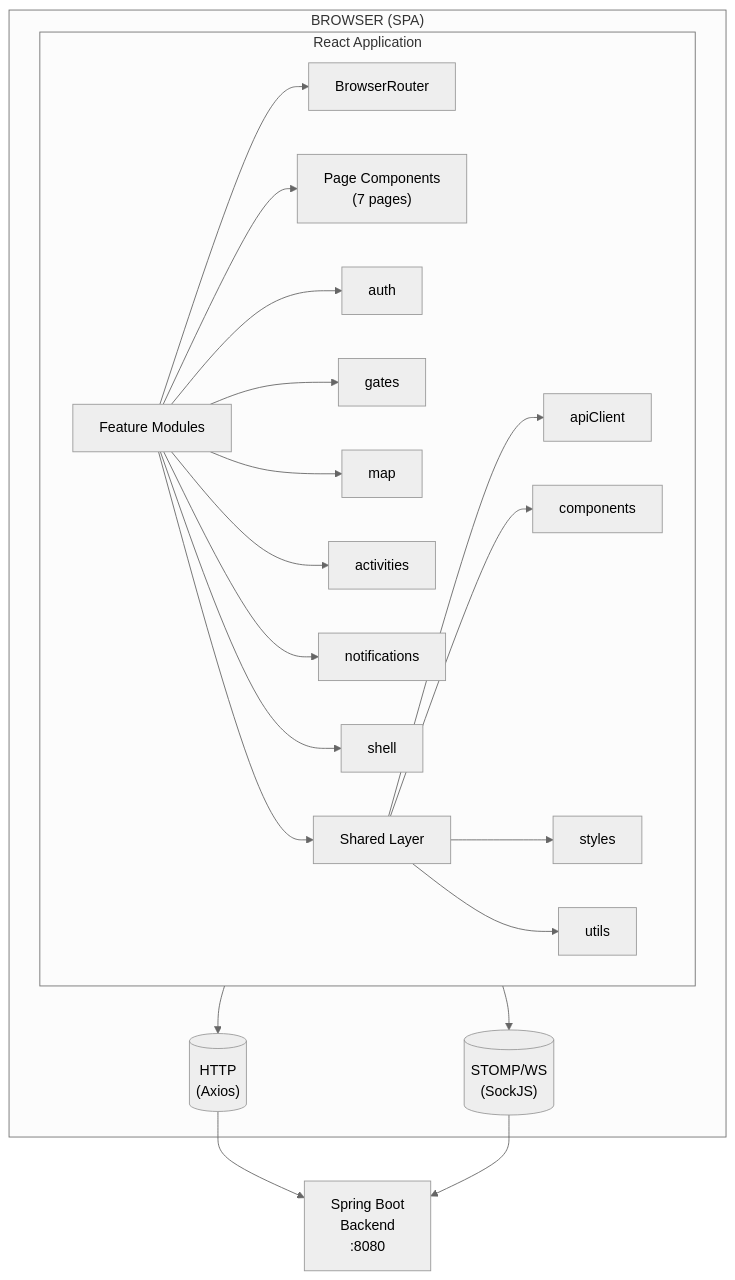
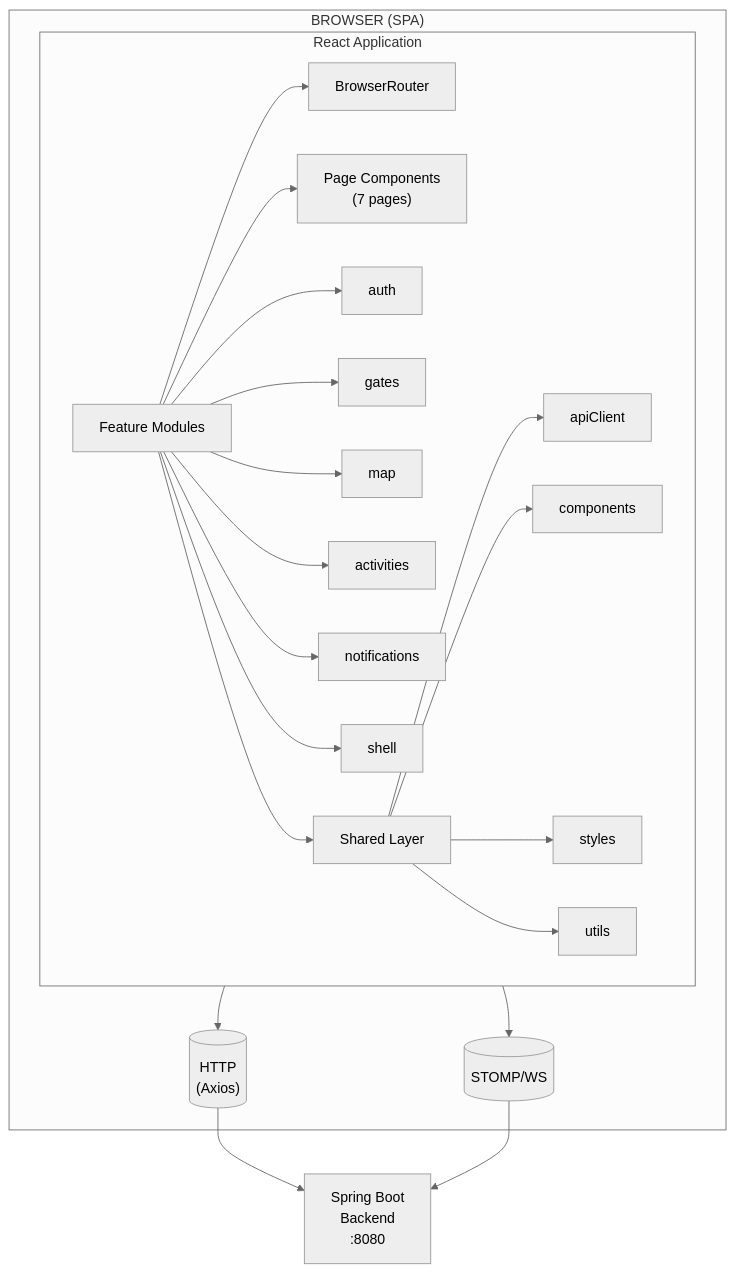
The first of 2 diagrams in server/frontend/docs/architecture.md (smartuni/riot-po-2026), drawn with Mermaid (neutral theme) before and after one commit. The commit also changed 6 other files, not shown here.

````diff
--- a/server/frontend/docs/architecture.md
+++ b/server/frontend/docs/architecture.md
@@ -7,39 +7,39 @@
 ```mermaid
 flowchart TB
     subgraph Browser["BROWSER (SPA)"]
         subgraph ReactApp["React Application"]
             Router["BrowserRouter"]
             Pages["Page Components<br/>(7 pages)"]
             
             Features["Feature Modules"]
             Features --> Router
             Features --> Pages
             
             Features --> F1[auth]
             Features --> F2[gates]
             Features --> F3[map]
             Features --> F4[activities]
             Features --> F5[notifications]
             Features --> F6[shell]
             
             Shared["Shared Layer"]
             Shared --> API["apiClient"]
             Shared --> Components["components"]
             Shared --> Styles["styles"]
             Shared --> Utils["utils"]
             
             Features --> Shared
         end
         
         HTTP[("HTTP<br/>(Axios)")]
-        WS[("STOMP/WS<br/>(SockJS)")]
+        WS[("STOMP/WS")]
         
         ReactApp --> HTTP
         ReactApp --> WS
     end
     
     Backend["Spring Boot<br/>Backend<br/>:8080"]
     
     HTTP --> Backend
     WS --> Backend
 ```
````
